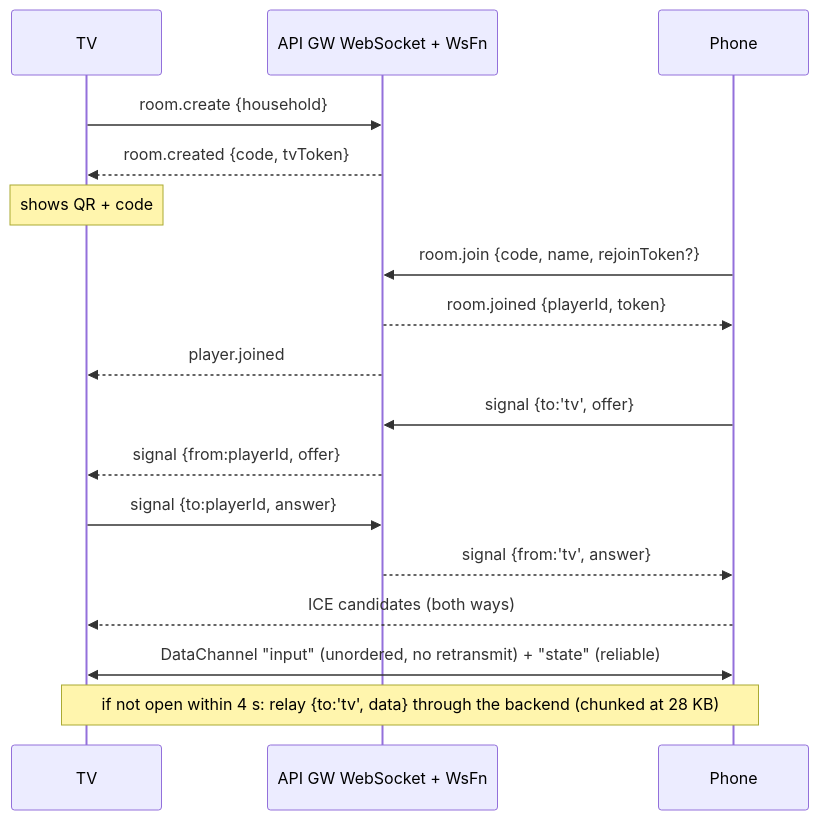
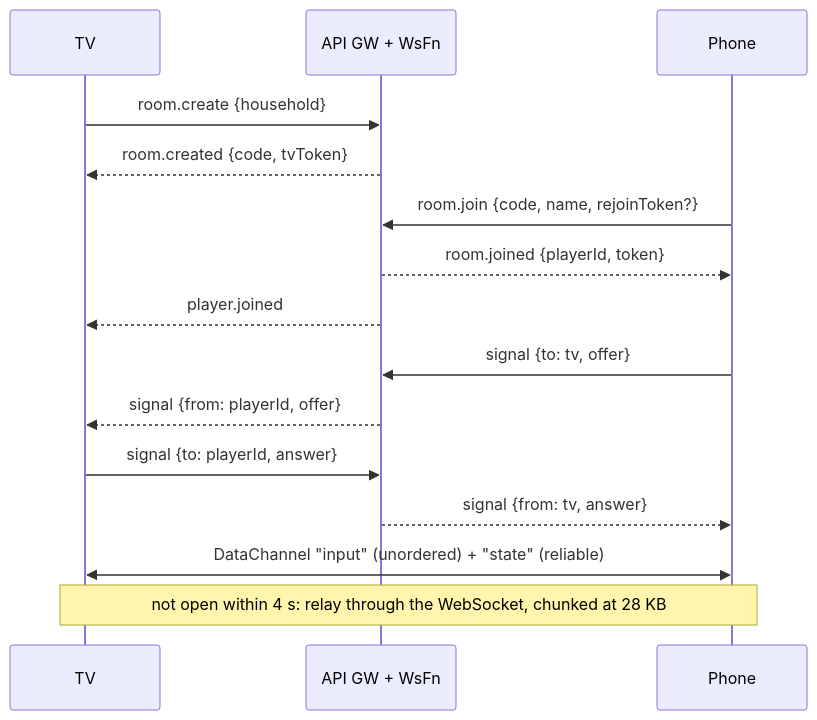
Before and after one commit to MaanavKrishna/cadabra: the fourth of 4 diagrams in docs/ARCHITECTURE.md, drawn with Mermaid. The commit also changed other lines of this file and 19 other files, not shown here.

Commit message:
docs: final readme, architecture, submission and friction log

````diff
--- a/docs/ARCHITECTURE.md
+++ b/docs/ARCHITECTURE.md
@@ -52,19 +188,17 @@
 ```mermaid
 sequenceDiagram
   participant TV
-  participant GW as API GW WebSocket + WsFn
+  participant GW as API GW + WsFn
   participant P as Phone
   TV->>GW: room.create {household}
   GW-->>TV: room.created {code, tvToken}
-  Note over TV: shows QR + code
   P->>GW: room.join {code, name, rejoinToken?}
   GW-->>P: room.joined {playerId, token}
   GW-->>TV: player.joined
-  P->>GW: signal {to:'tv', offer}
-  GW-->>TV: signal {from:playerId, offer}
-  TV->>GW: signal {to:playerId, answer}
-  GW-->>P: signal {from:'tv', answer}
-  P-->>TV: ICE candidates (both ways)
-  P<<->>TV: DataChannel "input" (unordered, no retransmit) + "state" (reliable)
-  Note over P,TV: if not open within 4 s: relay {to:'tv', data} through the backend (chunked at 28 KB)
+  P->>GW: signal {to: tv, offer}
+  GW-->>TV: signal {from: playerId, offer}
+  TV->>GW: signal {to: playerId, answer}
+  GW-->>P: signal {from: tv, answer}
+  P<<->>TV: DataChannel "input" (unordered) + "state" (reliable)
+  Note over P,TV: not open within 4 s: relay through the WebSocket, chunked at 28 KB
 ```
````
